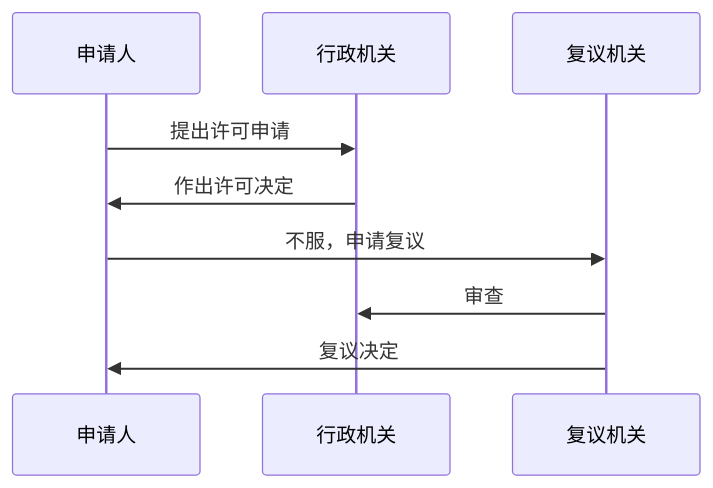
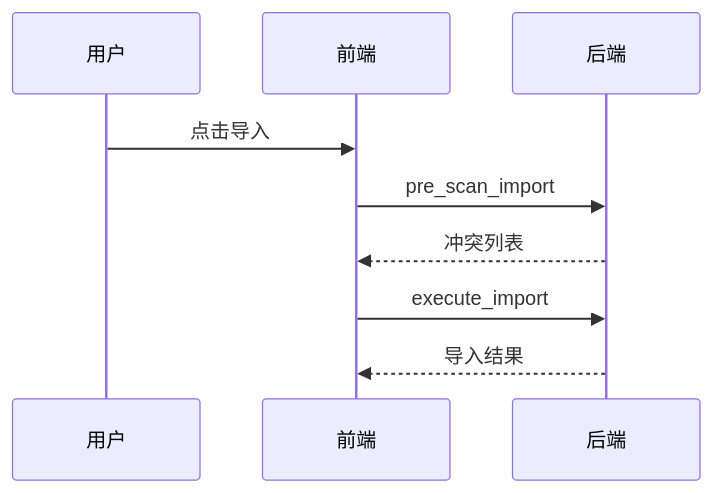
Before and after one commit to Fresh-Tim-Lam/Memoria: the second of 3 diagrams in docs/example/rich-content-test/test-content.md, drawn with Mermaid. The commit also changed other lines of this file and 49 other files, not shown here.

````diff
--- a/docs/example/rich-content-test/test-content.md
+++ b/docs/example/rich-content-test/test-content.md
@@ -52,11 +67,11 @@
 ```mermaid
 sequenceDiagram
-    participant 申请人
-    participant 行政机关
-    participant 复议机关
-    申请人->>行政机关: 提出许可申请
-    行政机关->>申请人: 作出许可决定
-    申请人->>复议机关: 不服，申请复议
-    复议机关->>行政机关: 审查
-    复议机关->>申请人: 复议决定
+    participant 用户
+    participant 前端
+    participant 后端
+    用户->>前端: 点击导入
+    前端->>后端: pre_scan_import
+    后端-->>前端: 冲突列表
+    前端->>后端: execute_import
+    后端-->>前端: 导入结果
 ```
````
